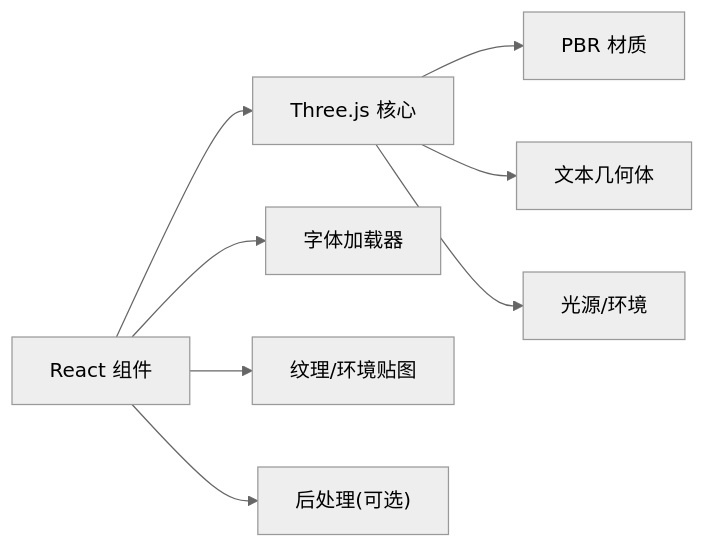
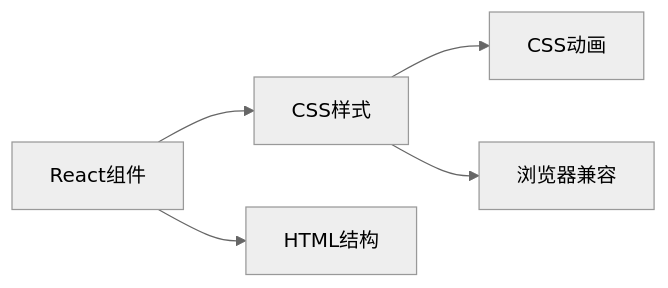
One commit to lithos666/lithos666.github.io changed the third of 3 diagrams in .qoder/repowiki/zh/content/3D渲染系统/着色器与材质/金属文本材质.md. Above: the diagram before and after it, drawn with Mermaid (neutral theme). The commit also changed other lines of this file and 51 other files, not shown here.

````diff
--- a/.qoder/repowiki/zh/content/3D渲染系统/着色器与材质/金属文本材质.md
+++ b/.qoder/repowiki/zh/content/3D渲染系统/着色器与材质/金属文本材质.md
@@ -169,10 +141,7 @@
 ```mermaid
 graph LR
-R["React 组件"] --> TJS["Three.js 核心"]
-R --> FONT["字体加载器"]
-R --> TEX["纹理/环境贴图"]
-R --> POST["后处理(可选)"]
-TJS --> MAT["PBR 材质"]
-TJS --> GEO["文本几何体"]
-TJS --> LIG["光源/环境"]
+R["React组件"] --> CSS["CSS样式"]
+R --> HTML["HTML结构"]
+CSS --> ANIM["CSS动画"]
+CSS --> COMPAT["浏览器兼容"]
 ```
````
